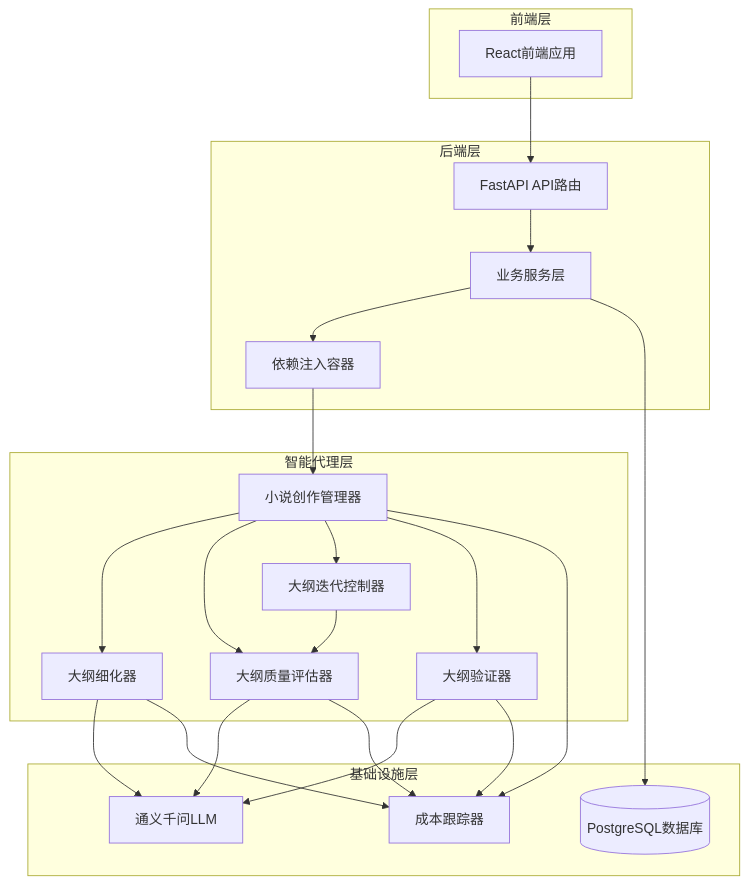
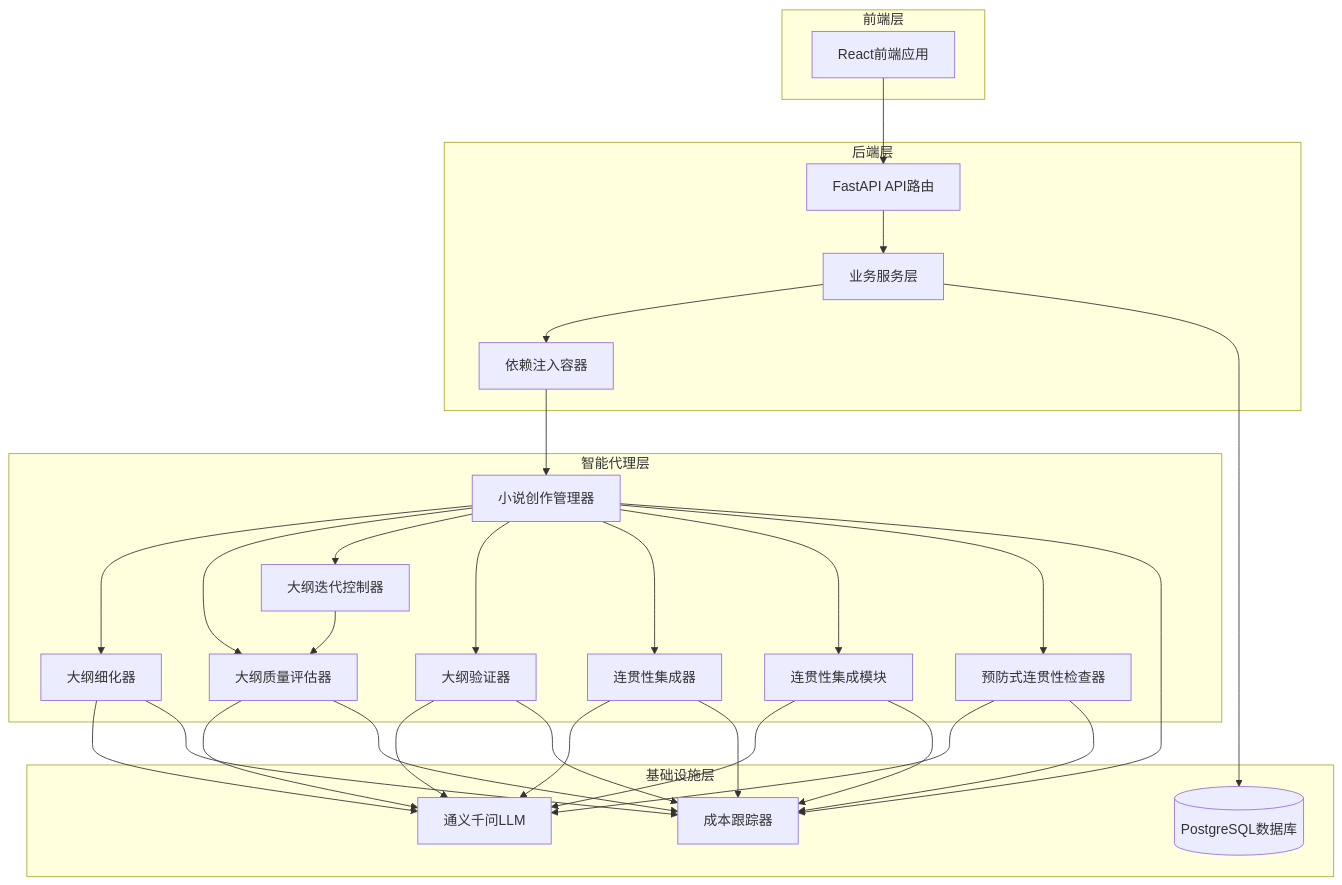
One commit to xfbyxq/ai-novel-system changed the first of 9 diagrams in .qoder/repowiki/zh/content/AI智能体系统/智能大纲完善系统.md. Above: the diagram before and after it, drawn with Mermaid. The commit also changed other lines of this file and 8 other files, not shown here.

````diff
--- a/.qoder/repowiki/zh/content/AI智能体系统/智能大纲完善系统.md
+++ b/.qoder/repowiki/zh/content/AI智能体系统/智能大纲完善系统.md
@@ -54,40 +71,52 @@
 ```mermaid
 graph TB
 subgraph "前端层"
 FE[React前端应用]
 end
 subgraph "后端层"
 API[FastAPI API路由]
 SVC[业务服务层]
 DEP[依赖注入容器]
 end
 subgraph "智能代理层"
 CM[小说创作管理器]
 OR[大纲细化器]
 OQE[大纲质量评估器]
 OIC[大纲迭代控制器]
 OV[大纲验证器]
+CI[连贯性集成器]
+CIM[连贯性集成模块]
+PCC[预防式连贯性检查器]
 end
 subgraph "基础设施层"
 DB[(PostgreSQL数据库)]
 LLM[通义千问LLM]
 CT[成本跟踪器]
 end
 FE --> API
 API --> SVC
 SVC --> DEP
 DEP --> CM
 CM --> OR
 CM --> OQE
 CM --> OIC
 CM --> OV
+CM --> CI
+CM --> CIM
+CM --> PCC
 OR --> LLM
 OQE --> LLM
 OIC --> OQE
 OV --> LLM
+CI --> LLM
+CIM --> LLM
+PCC --> LLM
 SVC --> DB
 CM --> CT
 OR --> CT
 OQE --> CT
 OV --> CT
+CI --> CT
+CIM --> CT
+PCC --> CT
 ```
````
